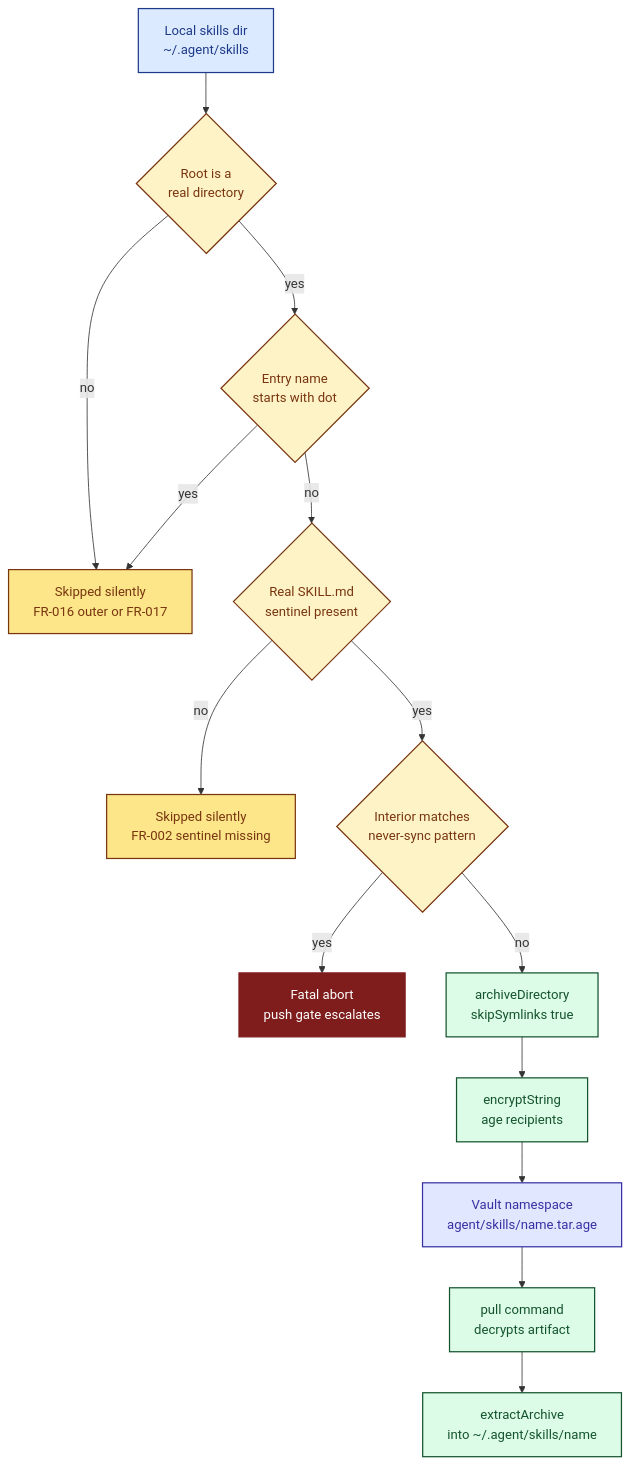
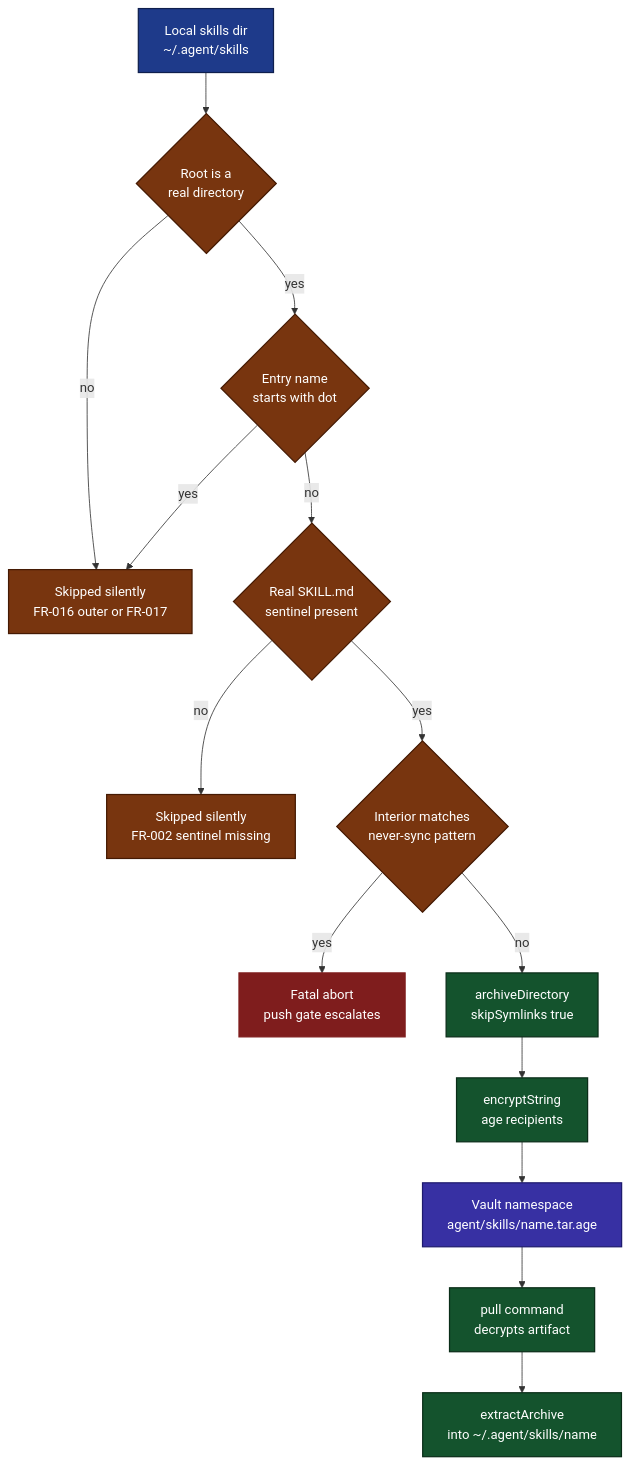
Before and after one commit to chrisleekr/agentsync: the second of 3 diagrams in docs/architecture.md, drawn with Mermaid. The commit also changed other lines of this file and 19 other files, not shown here.

````diff
--- a/docs/architecture.md
+++ b/docs/architecture.md
@@ -90,33 +96,33 @@
 ```mermaid
 flowchart TD
 	LocalDir["Local skills dir<br/>~/.agent/skills"]:::action
 	RootCheck{"Root is a<br/>real directory"}:::decision
 	DotCheck{"Entry name<br/>starts with dot"}:::decision
 	Sentinel{"Real SKILL.md<br/>sentinel present"}:::decision
 	NeverSync{"Interior matches<br/>never-sync pattern"}:::decision
 	TarStep["archiveDirectory<br/>skipSymlinks true"]:::keep
 	EncStep["encryptString<br/>age recipients"]:::keep
 	VaultEntry["Vault namespace<br/>agent/skills/name.tar.age"]:::vault
 	Pull["pull command<br/>decrypts artifact"]:::keep
 	Restore["extractArchive<br/>into ~/.agent/skills/name"]:::keep
 	SkipSilent["Skipped silently<br/>FR-016 outer or FR-017"]:::skip
 	SkipSentinel["Skipped silently<br/>FR-002 sentinel missing"]:::skip
 	Abort["Fatal abort<br/>push gate escalates"]:::fail
 
 	LocalDir --> RootCheck
 	RootCheck -- no --> SkipSilent
 	RootCheck -- yes --> DotCheck
 	DotCheck -- yes --> SkipSilent
 	DotCheck -- no --> Sentinel
 	Sentinel -- no --> SkipSentinel
 	Sentinel -- yes --> NeverSync
 	NeverSync -- yes --> Abort
 	NeverSync -- no --> TarStep --> EncStep --> VaultEntry --> Pull --> Restore
 
-	classDef action fill:#dbeafe,color:#1e3a8a,stroke:#1e3a8a,stroke-width:1.5px;
-	classDef decision fill:#fef3c7,color:#78350f,stroke:#78350f,stroke-width:1.5px;
-	classDef keep fill:#dcfce7,color:#14532d,stroke:#14532d,stroke-width:1.5px;
-	classDef vault fill:#e0e7ff,color:#3730a3,stroke:#3730a3,stroke-width:1.5px;
-	classDef skip fill:#fde68a,color:#78350f,stroke:#78350f,stroke-width:1.5px;
+	classDef action fill:#1e3a8a,color:#ffffff,stroke:#0f1f4d,stroke-width:1.5px;
+	classDef decision fill:#78350f,color:#ffffff,stroke:#451a03,stroke-width:1.5px;
+	classDef keep fill:#14532d,color:#ffffff,stroke:#0a2d18,stroke-width:1.5px;
+	classDef vault fill:#3730a3,color:#ffffff,stroke:#1e1b6e,stroke-width:1.5px;
+	classDef skip fill:#78350f,color:#ffffff,stroke:#451a03,stroke-width:1.5px;
 	classDef fail fill:#7f1d1d,color:#ffffff,stroke:#7f1d1d,stroke-width:1.5px;
 ```
````
